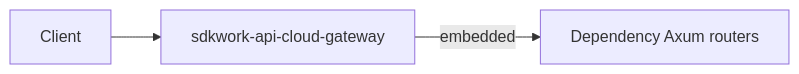
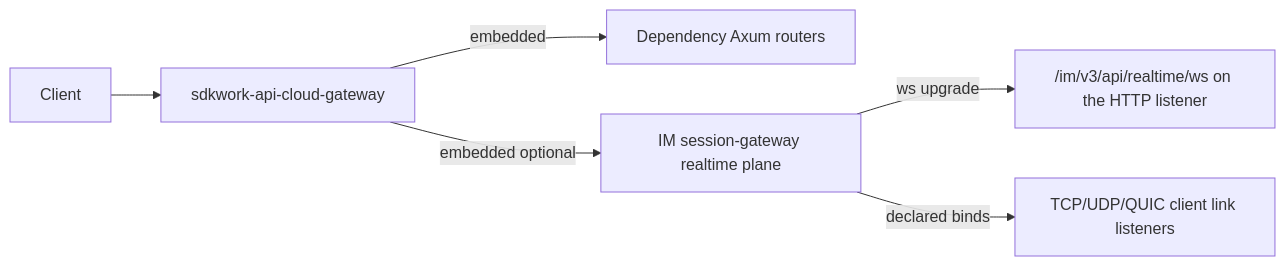
The diagram in docs/architecture/tech/TECH_ARCHITECTURE.md (sdkwork-ai/sdkwork-api-cloud-gateway), drawn with Mermaid before and after one commit. The commit also changed other lines of this file and 26 other files, not shown here.

````diff
--- a/docs/architecture/tech/TECH_ARCHITECTURE.md
+++ b/docs/architecture/tech/TECH_ARCHITECTURE.md
@@ -131,5 +131,8 @@
 ```mermaid
 flowchart LR
   Client --> Gateway["sdkwork-api-cloud-gateway"]
   Gateway -->|embedded| Embedded["Dependency Axum routers"]
+  Gateway -->|embedded optional| Realtime["IM session-gateway realtime plane"]
+  Realtime -->|ws upgrade| Ws["/im/v3/api/realtime/ws on the HTTP listener"]
+  Realtime -->|declared binds| Links["TCP/UDP/QUIC client link listeners"]
 ```
````
